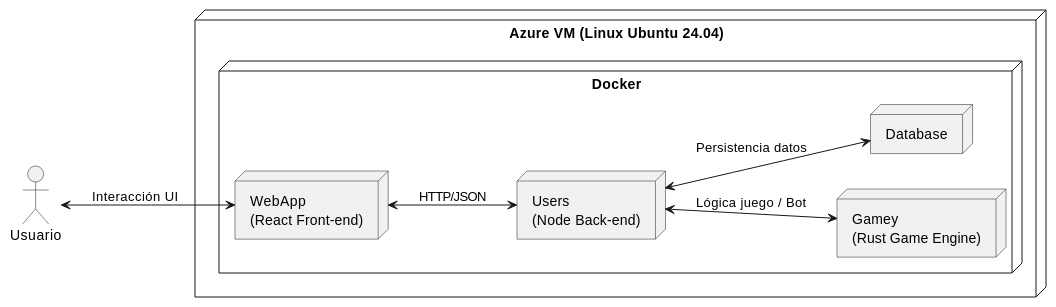
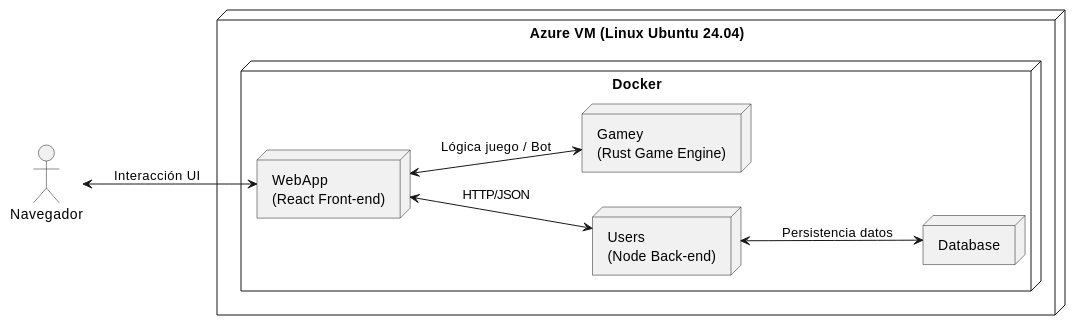
The diagram in docs/src/07_deployment_view.adoc (Arquisoft/yovi_es5a), drawn with PlantUML before and after one commit. The commit also changed other lines of this file and 1 other file, not shown here.

Commit message:
Correcciones de los puntos 5 y 7 de la doc

```diff
--- a/docs/src/07_deployment_view.adoc
+++ b/docs/src/07_deployment_view.adoc
@@ -63,31 +63,31 @@
 [plantuml,"Diagrama de despliegue",png]
 ----
 @startuml
 skinparam monochrome true
 left to right direction
 
-actor Usuario
+actor Navegador
 
 node "Azure VM (Linux Ubuntu 24.04)" {
 
     node "Docker" {
 
         node "WebApp\n(React Front-end)" as WebApp
         
         node "Users\n(Node Back-end)" as Users
         
         node "Gamey\n(Rust Game Engine)" as Gamey
         
         node "Database" as Database
     }
 }
 
-Usuario <--> WebApp : Interacción UI
+Navegador <--> WebApp : Interacción UI
 
 WebApp <--> Users : HTTP/JSON
 
-Users <--> Gamey : Lógica juego / Bot
+WebApp <--> Gamey : Lógica juego / Bot
 
 Users <--> Database : Persistencia datos
 @enduml
 ----
```
